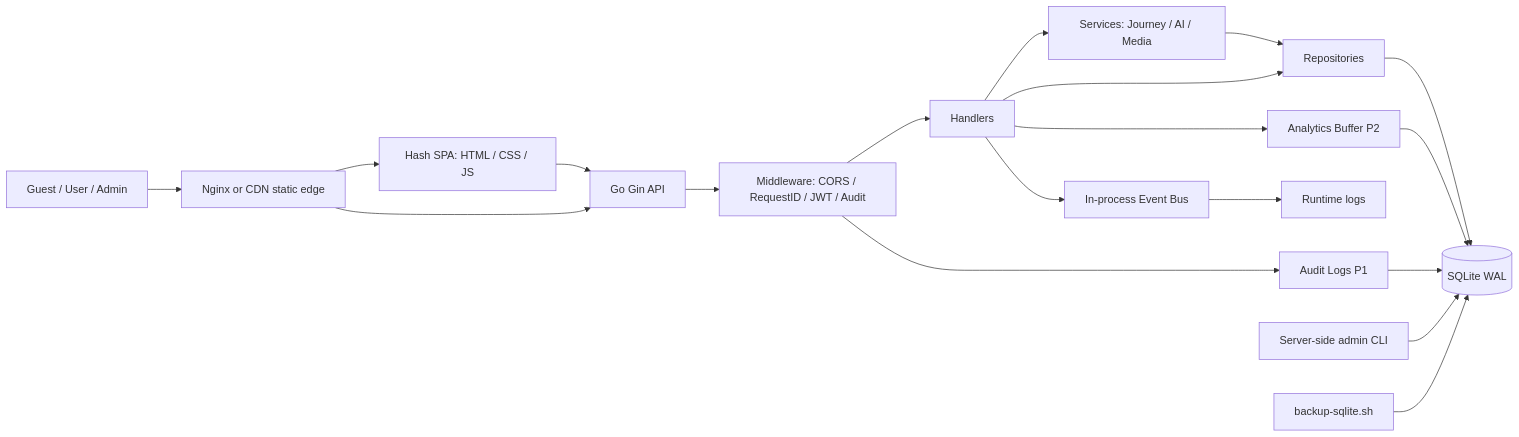
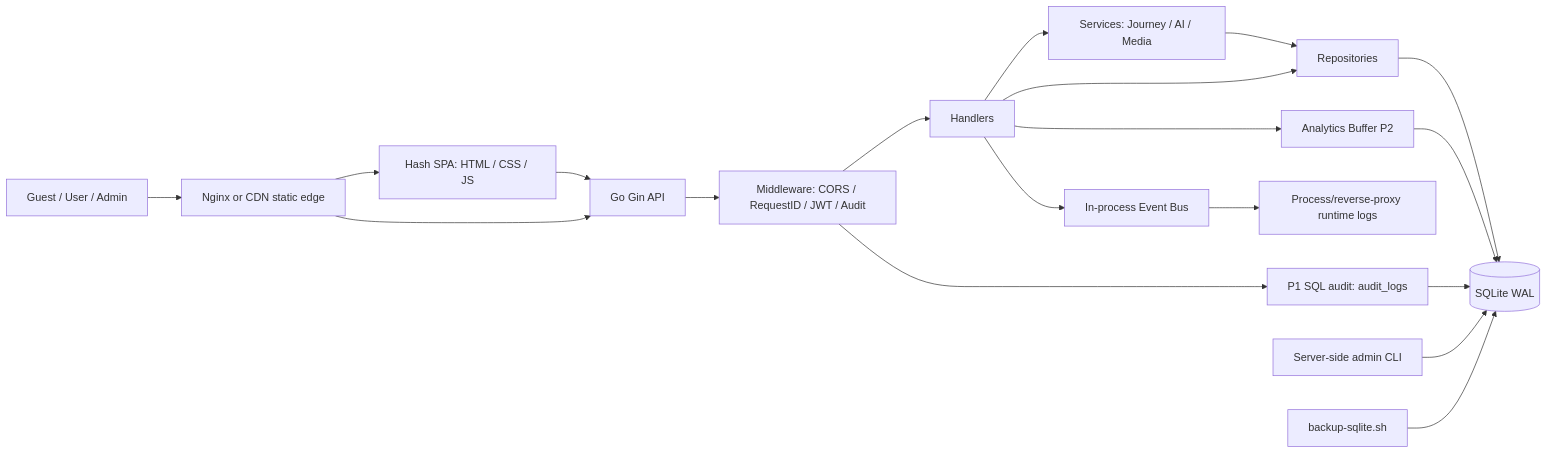
One commit to LibertychaserUS/100-journeys changed the second of 5 diagrams in README.md. Above: the diagram before and after it, drawn with Mermaid. The commit also changed other lines of this file and 55 other files, not shown here.

````diff
--- a/README.md
+++ b/README.md
@@ -96,21 +101,21 @@
 ```mermaid
 flowchart LR
     user["Guest / User / Admin"] --> nginx["Nginx or CDN static edge"]
     nginx --> spa["Hash SPA: HTML / CSS / JS"]
     nginx --> api["Go Gin API"]
     spa --> api
     api --> mw["Middleware: CORS / RequestID / JWT / Audit"]
     mw --> handlers["Handlers"]
     handlers --> services["Services: Journey / AI / Media"]
     handlers --> repos["Repositories"]
     services --> repos
     repos --> sqlite[("SQLite WAL")]
     handlers --> buffer["Analytics Buffer P2"]
     buffer --> sqlite
-    mw --> audit["Audit Logs P1"]
+    mw --> audit["P1 SQL audit: audit_logs"]
     audit --> sqlite
     handlers --> eventbus["In-process Event Bus"]
-    eventbus --> logs["Runtime logs"]
+    eventbus --> logs["Process/reverse-proxy runtime logs"]
     admin["Server-side admin CLI"] --> sqlite
     backup["backup-sqlite.sh"] --> sqlite
 ```
````
